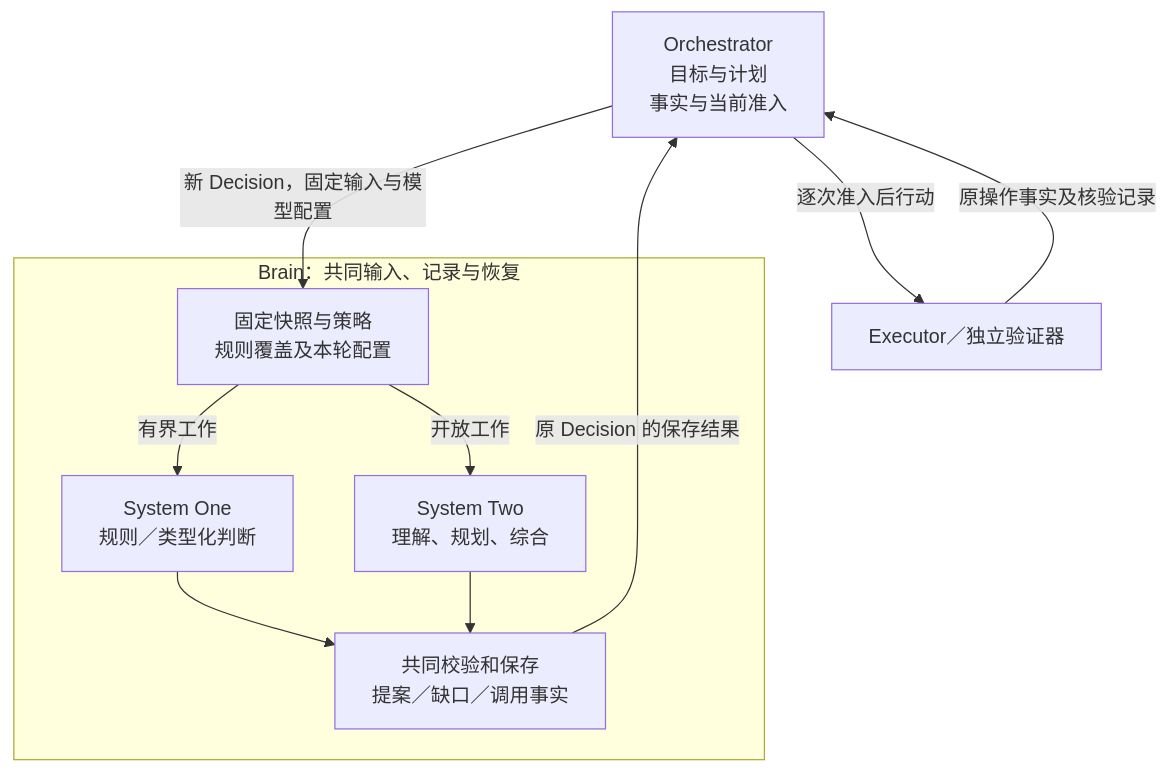
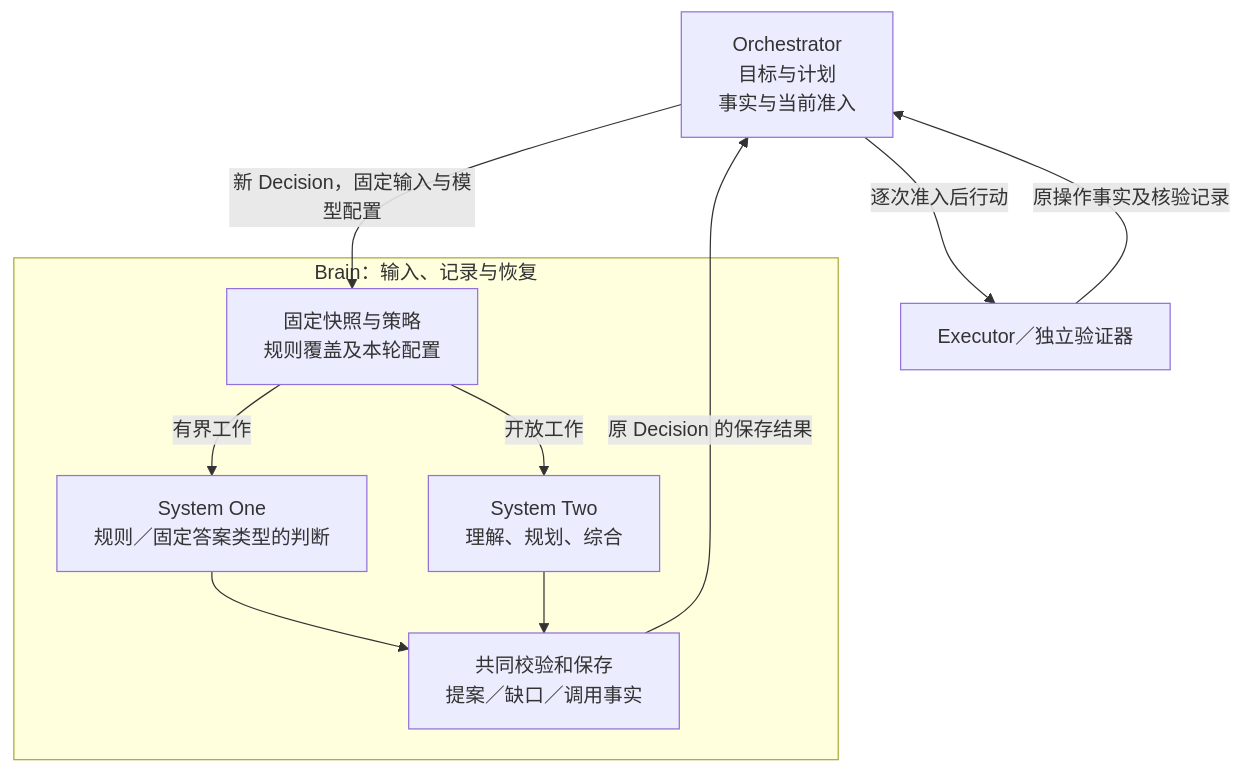
Before and after one commit to ruipengliu/lerna: the diagram in docs/architecture/brain/README.md, drawn with Mermaid. The commit also changed other lines of this file and 205 other files, not shown here.

Commit message:
docs: unify architecture terminology

````diff
--- a/docs/architecture/brain/README.md
+++ b/docs/architecture/brain/README.md
@@ -33,18 +33,18 @@
 ```mermaid
 flowchart TB
     H[Orchestrator<br/>目标与计划<br/>事实与当前准入]
-    subgraph B[Brain：共同输入、记录与恢复]
+    subgraph B[Brain：输入、记录与恢复]
       P[固定快照与策略<br/>规则覆盖及本轮配置]
-      S1[System One<br/>规则／类型化判断]
+      S1[System One<br/>规则／固定答案类型的判断]
       S2[System Two<br/>理解、规划、综合]
       V[共同校验和保存<br/>提案／缺口／调用事实]
       P -->|有界工作| S1
       P -->|开放工作| S2
       S1 --> V
       S2 --> V
     end
     H -->|新 Decision，固定输入与模型配置| P
     V -->|原 Decision 的保存结果| H
     H -->|逐次准入后行动| E[Executor／独立验证器]
     E -->|原操作事实及核验记录| H
 ```
````
